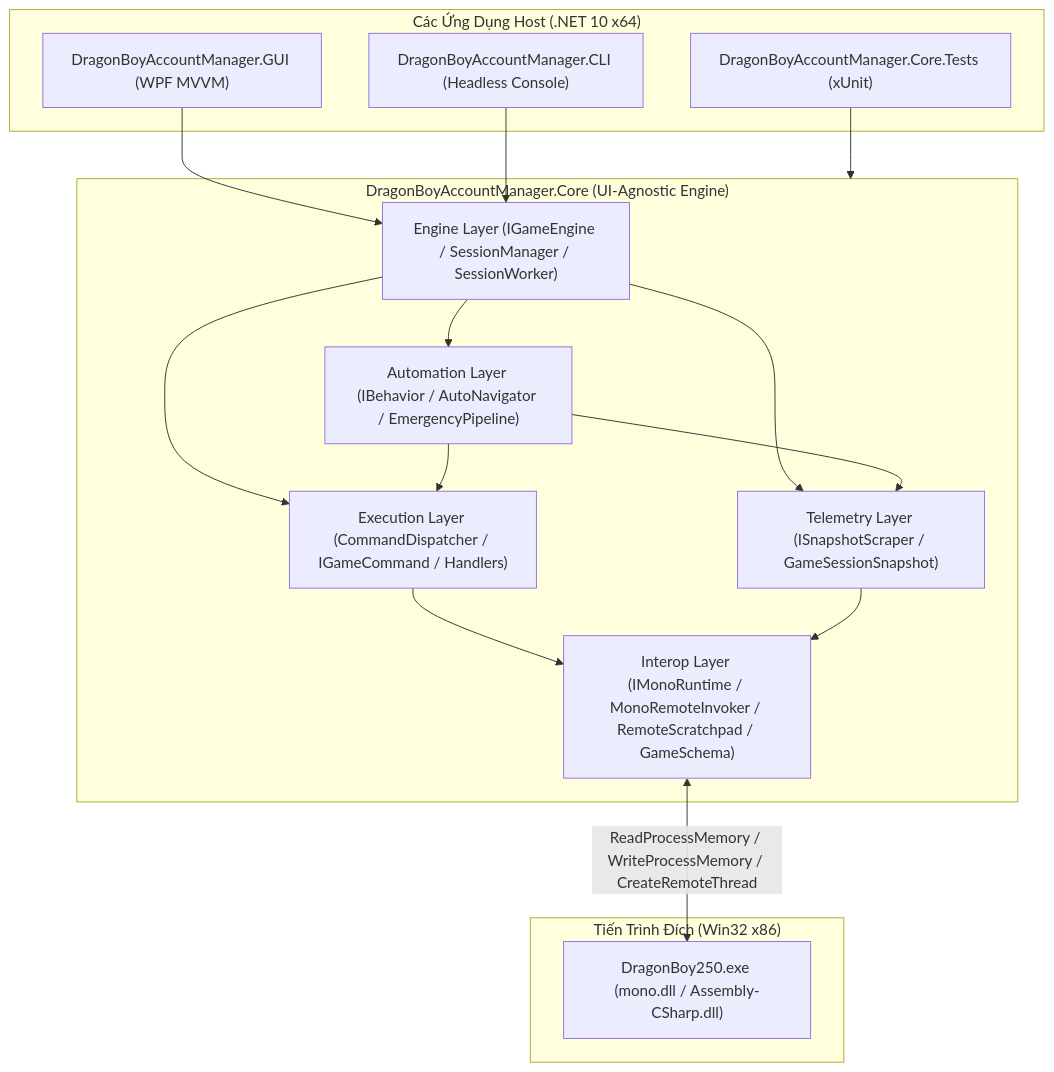
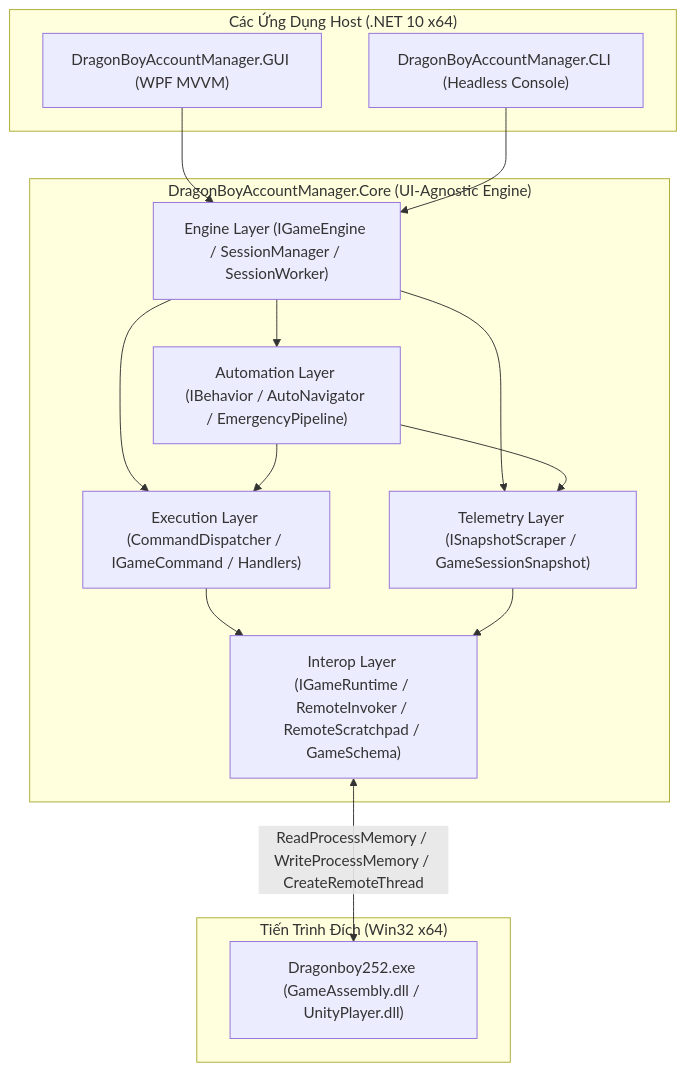
One commit to GunDx2k4/DragonBoyAccountManager changed the diagram in docs/README.md. Above: the diagram before and after it, drawn with Mermaid. The commit also changed other lines of this file and 79 other files, not shown here.

First line of the commit message:
refactor(core): migrate runtime from mono to il2cpp

````diff
--- a/docs/README.md
+++ b/docs/README.md
@@ -22,33 +22,31 @@
 ```mermaid
 flowchart TD
     subgraph Hosts["Các Ứng Dụng Host (.NET 10 x64)"]
         GUI["DragonBoyAccountManager.GUI (WPF MVVM)"]
         CLI["DragonBoyAccountManager.CLI (Headless Console)"]
-        Tests["DragonBoyAccountManager.Core.Tests (xUnit)"]
     end
 
     subgraph Core["DragonBoyAccountManager.Core (UI-Agnostic Engine)"]
         Engine["Engine Layer (IGameEngine / SessionManager / SessionWorker)"]
         Automation["Automation Layer (IBehavior<TOptions> / AutoNavigator / EmergencyPipeline)"]
         Execution["Execution Layer (CommandDispatcher / IGameCommand / Handlers)"]
         Telemetry["Telemetry Layer (ISnapshotScraper<TSnapshot> / GameSessionSnapshot)"]
-        Interop["Interop Layer (IMonoRuntime / MonoRemoteInvoker / RemoteScratchpad / GameSchema)"]
+        Interop["Interop Layer (IGameRuntime / RemoteInvoker / RemoteScratchpad / GameSchema)"]
     end
 
-    subgraph Target["Tiến Trình Đích (Win32 x86)"]
-        Unity["DragonBoy250.exe (mono.dll / Assembly-CSharp.dll)"]
+    subgraph Target["Tiến Trình Đích (Win32 x64)"]
+        Unity["Dragonboy252.exe (GameAssembly.dll / UnityPlayer.dll)"]
     end
 
     GUI --> Engine
     CLI --> Engine
-    Tests --> Core
 
     Engine --> Automation
     Engine --> Execution
     Engine --> Telemetry
     Automation --> Execution
     Automation --> Telemetry
     Execution --> Interop
     Telemetry --> Interop
     Interop <-->|"ReadProcessMemory / WriteProcessMemory / CreateRemoteThread"| Unity
 ```
````
